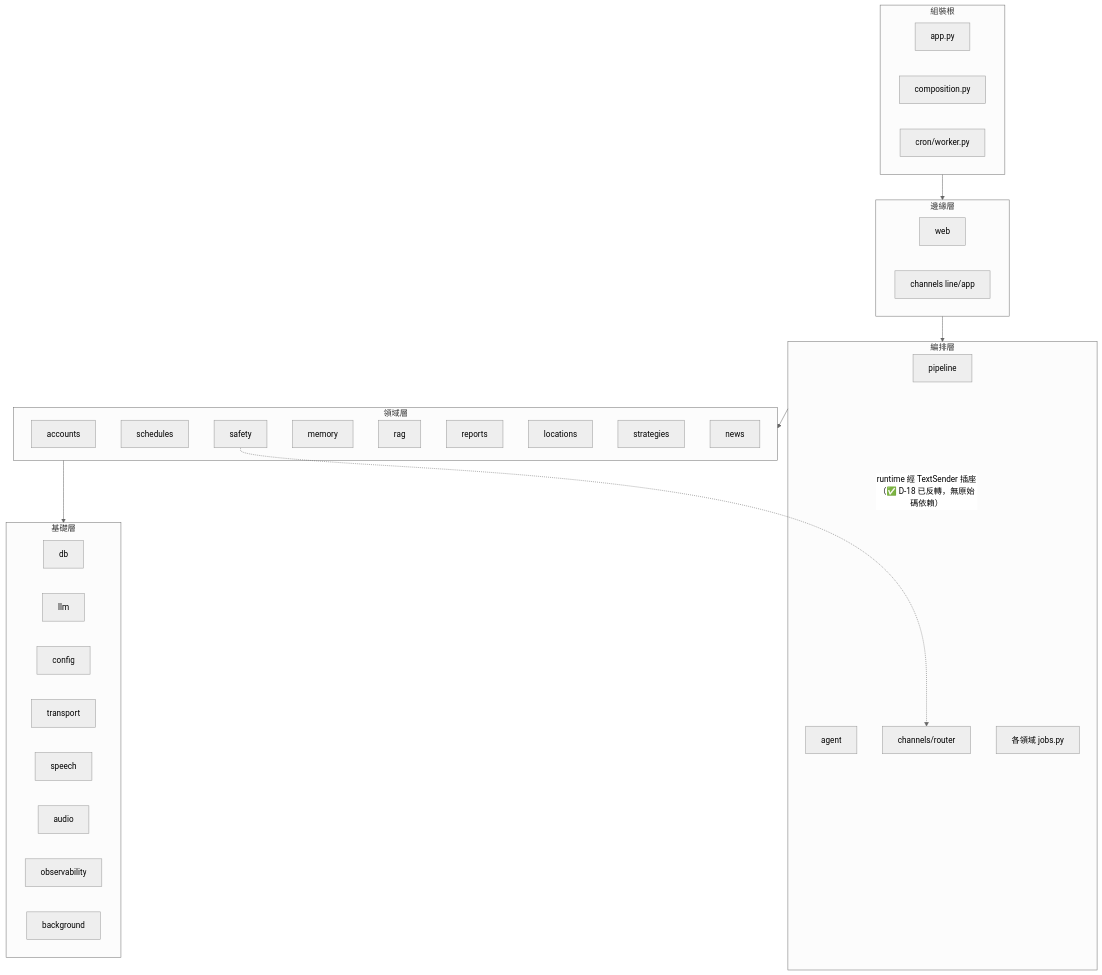
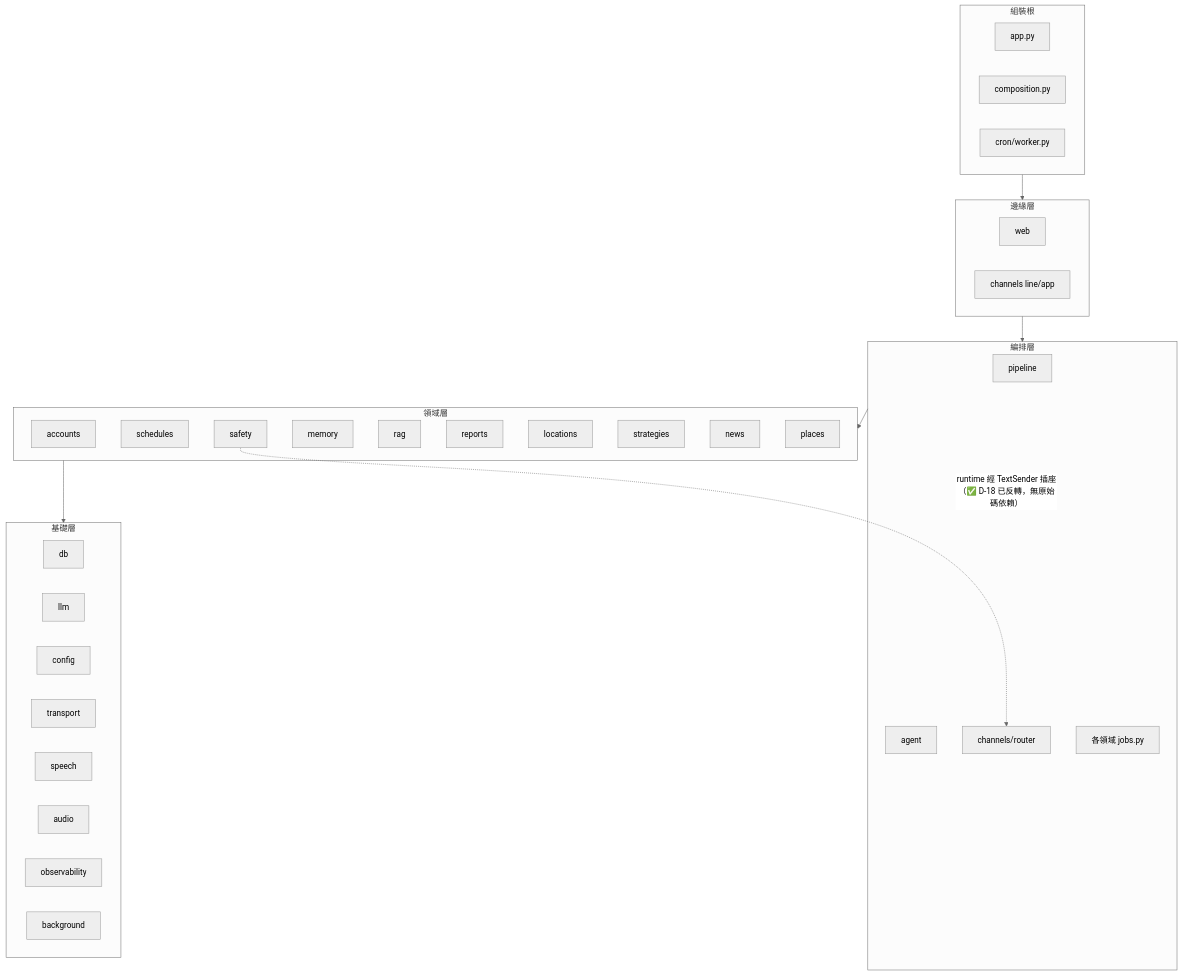
One commit to leo53021313/kinsun changed the diagram in docs/dev/09_模組依賴關係.md. Above: the diagram before and after it, drawn with Mermaid (neutral theme). The commit also changed other lines of this file and 5 other files, not shown here.

````diff
--- a/docs/dev/09_模組依賴關係.md
+++ b/docs/dev/09_模組依賴關係.md
@@ -20,20 +20,20 @@
 ```mermaid
 graph TD
     subgraph 組裝根
         APP[app.py] & COMP[composition.py] & WORKER[cron/worker.py]
     end
     subgraph 邊緣層
         WEB[web] & CH[channels line/app]
     end
     subgraph 編排層
         PIPE[pipeline] & AGENT[agent] & ROUTER[channels/router] & JOBS[各領域 jobs.py]
     end
     subgraph 領域層
-        ACC[accounts] & SCHED[schedules] & SAFE[safety] & MEM[memory] & RAG[rag] & REP[reports] & LOC[locations] & STRAT[strategies] & NEWS[news]
+        ACC[accounts] & SCHED[schedules] & SAFE[safety] & MEM[memory] & RAG[rag] & REP[reports] & LOC[locations] & STRAT[strategies] & NEWS[news] & PLACES[places]
     end
     subgraph 基礎層
         DB[db] & LLM[llm] & CFG[config] & TR[transport] & SP[speech] & AU[audio] & OBS[observability] & BG[background]
     end
     組裝根 --> 邊緣層 --> 編排層 --> 領域層 --> 基礎層
     SAFE -. "runtime 經 TextSender 插座（✅ D-18 已反轉，無原始碼依賴）" .-> ROUTER
 ```
````
